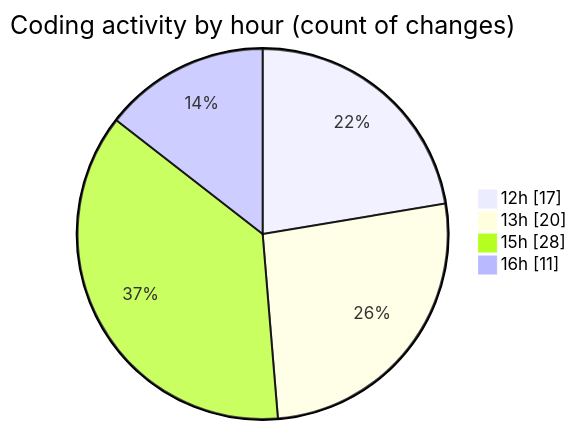
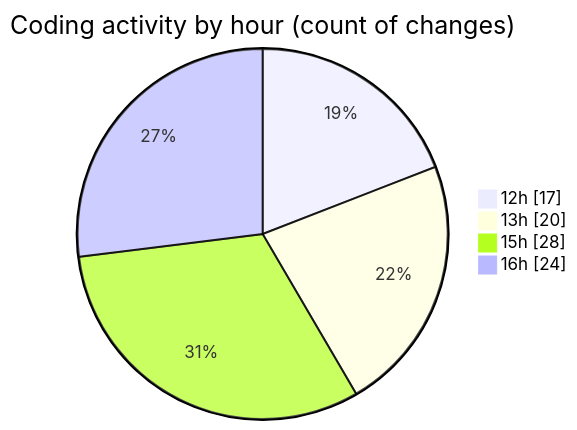
One commit to nxtqubesakshisongat/code-tracking changed the second of 2 diagrams in 2026-03-04/nxtqube_webapp/README.md. Above: the diagram before and after it, drawn with Mermaid. The commit also changed other lines of this file and 1 other file, not shown here.

````diff
--- a/2026-03-04/nxtqube_webapp/README.md
+++ b/2026-03-04/nxtqube_webapp/README.md
@@ -35,8 +35,8 @@
 ```mermaid
 pie showData
 title Coding activity by hour (count of changes)
 "12h" : 17
 "13h" : 20
 "15h" : 28
-"16h" : 11
+"16h" : 24
 ```
````
